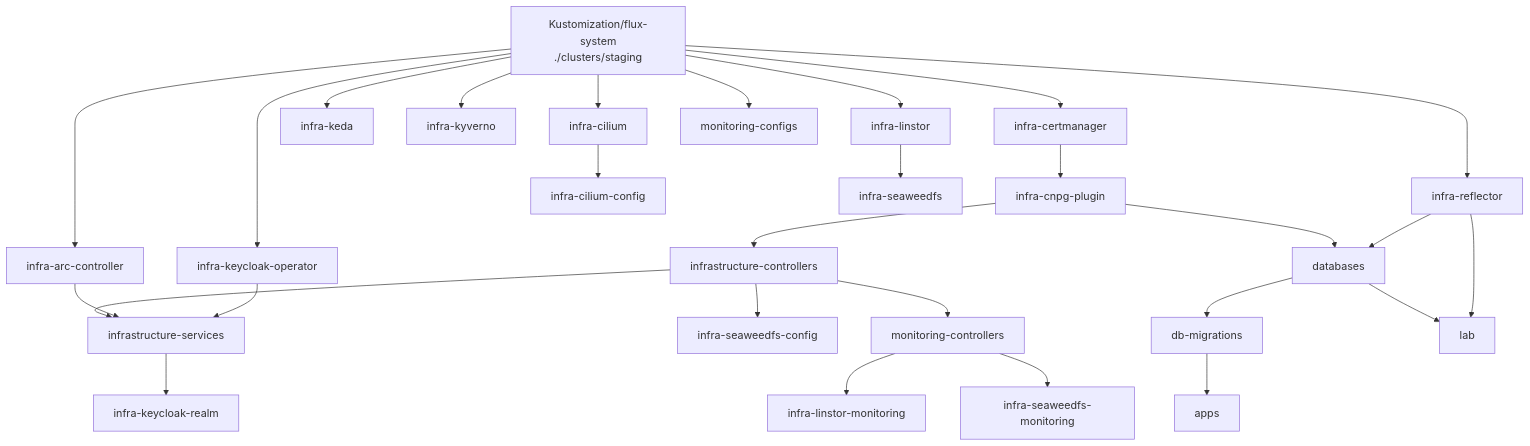
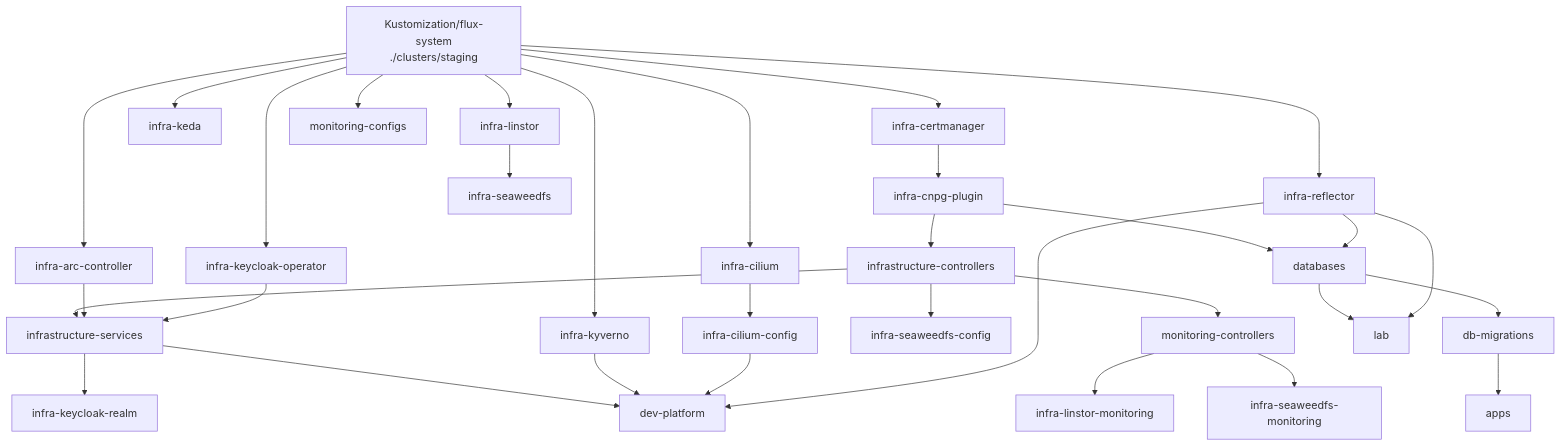
One commit to eliorion/homelab_v1 changed the diagram in clusters/README.md. Above: the diagram before and after it, drawn with Mermaid. The commit also changed other lines of this file and 62 other files, not shown here.

````diff
--- a/clusters/README.md
+++ b/clusters/README.md
@@ -192,35 +210,40 @@
 ```mermaid
 flowchart TD
     root["Kustomization/flux-system\n./clusters/staging"]
 
     root --> cm["infra-certmanager"]
     root --> arc["infra-arc-controller"]
     root --> cil["infra-cilium"]
     root --> refl["infra-reflector"]
     root --> keda["infra-keda"]
     root --> kyv["infra-kyverno"]
     root --> kco["infra-keycloak-operator"]
     root --> lin["infra-linstor"]
     root --> moncfg["monitoring-configs"]
 
     cm --> plugin["infra-cnpg-plugin"]
     cil --> cilcfg["infra-cilium-config"]
     lin --> sw["infra-seaweedfs"]
     plugin --> ctrl["infrastructure-controllers"]
     ctrl --> svc["infrastructure-services"]
     arc --> svc
     kco --> svc
     svc --> realm["infra-keycloak-realm"]
     ctrl --> swcfg["infra-seaweedfs-config"]
 
     ctrl --> mon["monitoring-controllers"]
     mon --> linmon["infra-linstor-monitoring"]
     mon --> swmon["infra-seaweedfs-monitoring"]
 
     plugin --> db["databases"]
     refl --> db
     db --> mig["db-migrations"]
     mig --> apps["apps"]
     db --> lab["lab"]
     refl --> lab
+
+    svc --> devp["dev-platform"]
+    kyv --> devp
+    cilcfg --> devp
+    refl --> devp
 ```
````
